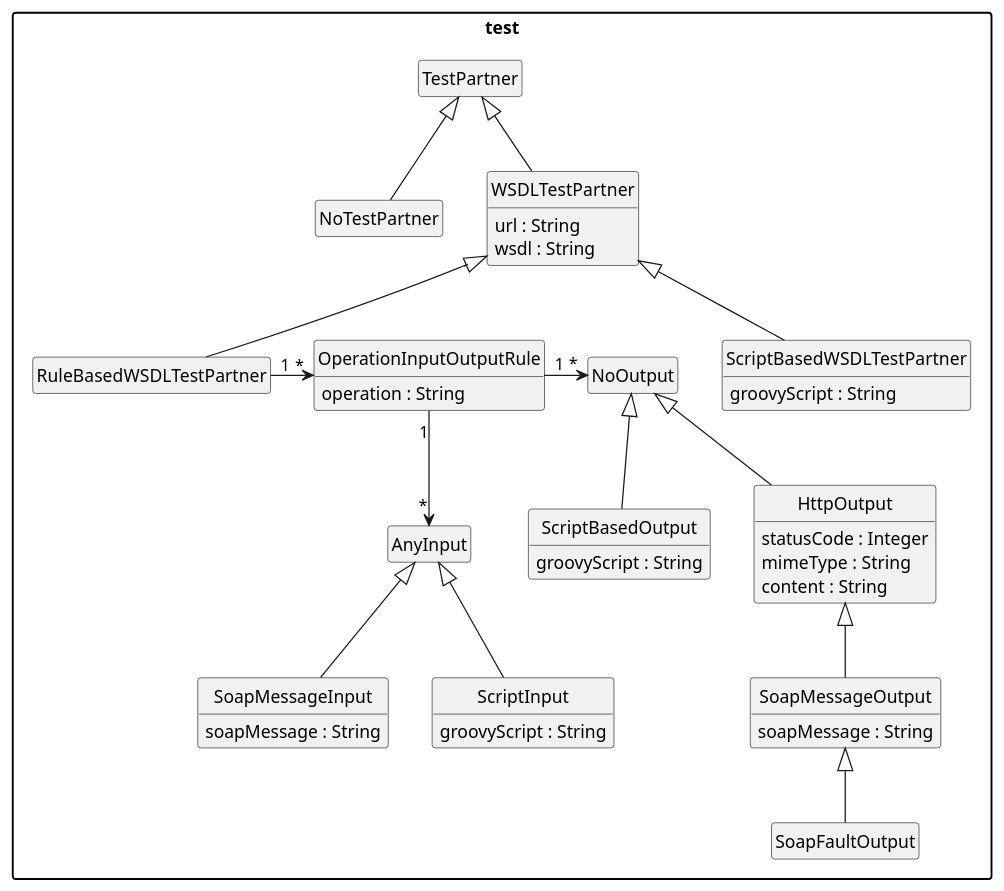
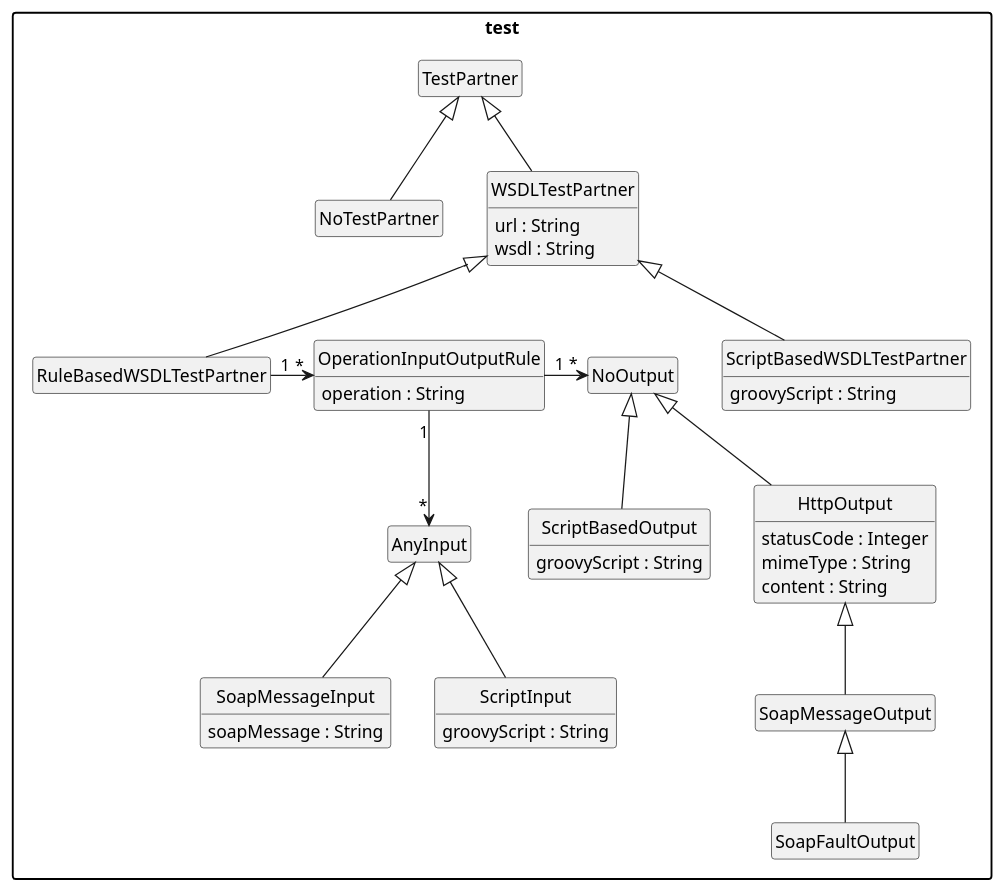
One commit to uniba-dsg/betsy changed the diagram in pebl/doc/benchmark-test-partner.puml. Above: the diagram before and after it, drawn with PlantUML. The commit also changed 1 other file, not shown here.

Commit message:
Better diagrams.

```diff
--- a/pebl/doc/benchmark-test-partner.puml
+++ b/pebl/doc/benchmark-test-partner.puml
@@ -1,60 +1,59 @@
 @startuml
 package "test" {
 
    class NoTestPartner extends TestPartner
    class WSDLTestPartner extends TestPartner {
      url : String
      wsdl : String
    }
    class RuleBasedWSDLTestPartner extends WSDLTestPartner
    class ScriptBasedWSDLTestPartner extends WSDLTestPartner {
      groovyScript : String
    }
 
    class OperationInputOutputRule {
         operation : String
    }
 
 
 
    class AnyInput
    class SoapMessageInput extends AnyInput {
      soapMessage : String
    }
    class ScriptInput extends AnyInput {
       groovyScript : String
    }
 
 
    class NoOutput
    class HttpOutput extends NoOutput {
        statusCode : Integer
        mimeType : String
        content : String
    }
    class SoapMessageOutput extends HttpOutput {
-          soapMessage : String
       }
    class SoapFaultOutput extends SoapMessageOutput
    class ScriptBasedOutput extends NoOutput {
        groovyScript : String
    }
 
 
 
 	class TestPartner
 
 }
 
 RuleBasedWSDLTestPartner "1" -right-> "*" OperationInputOutputRule
 OperationInputOutputRule "1" -down-> "*" AnyInput
 OperationInputOutputRule "1" -right-> "*" NoOutput
 
 hide empty members
 hide empty methods
 hide circle
 
 skinparam monochrome true
 skinparam shadowing false
 skinparam packageStyle rect
 @enduml
```
